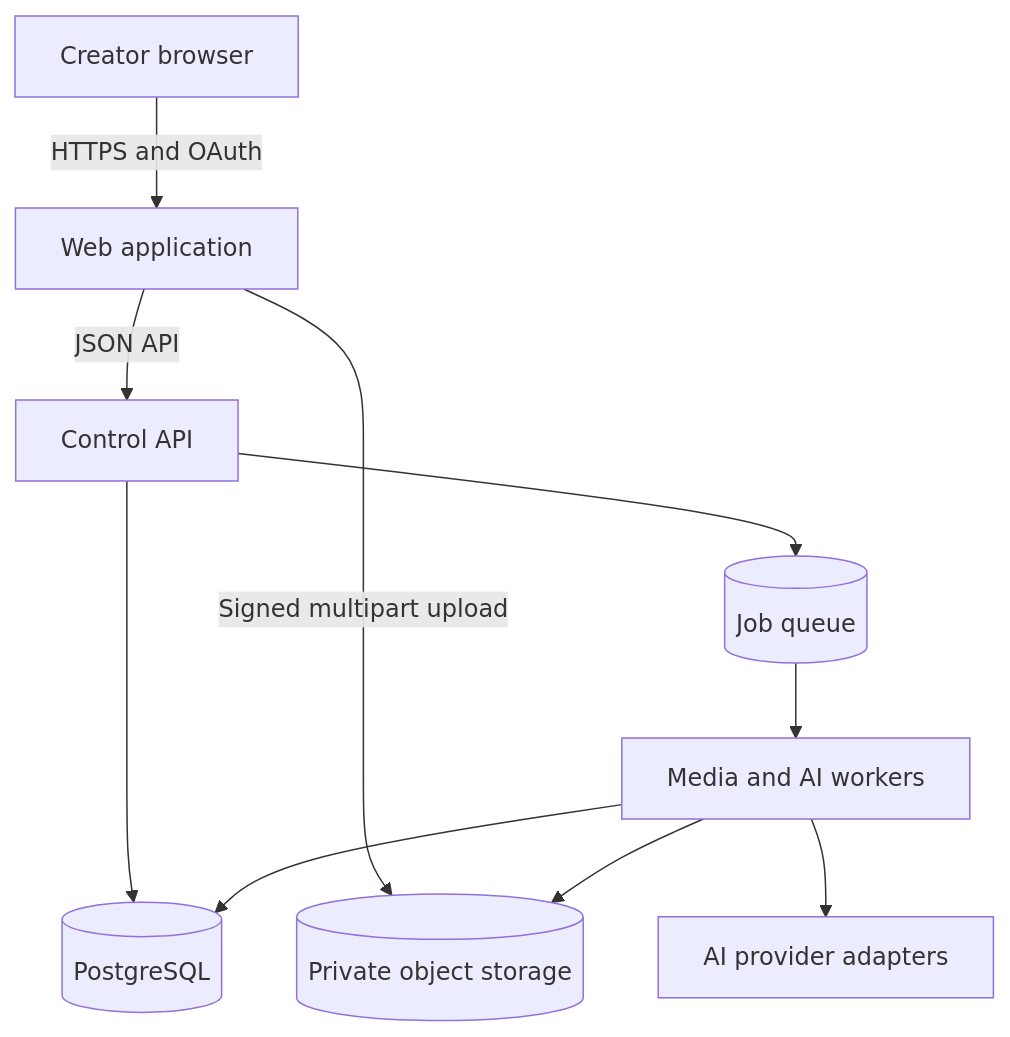
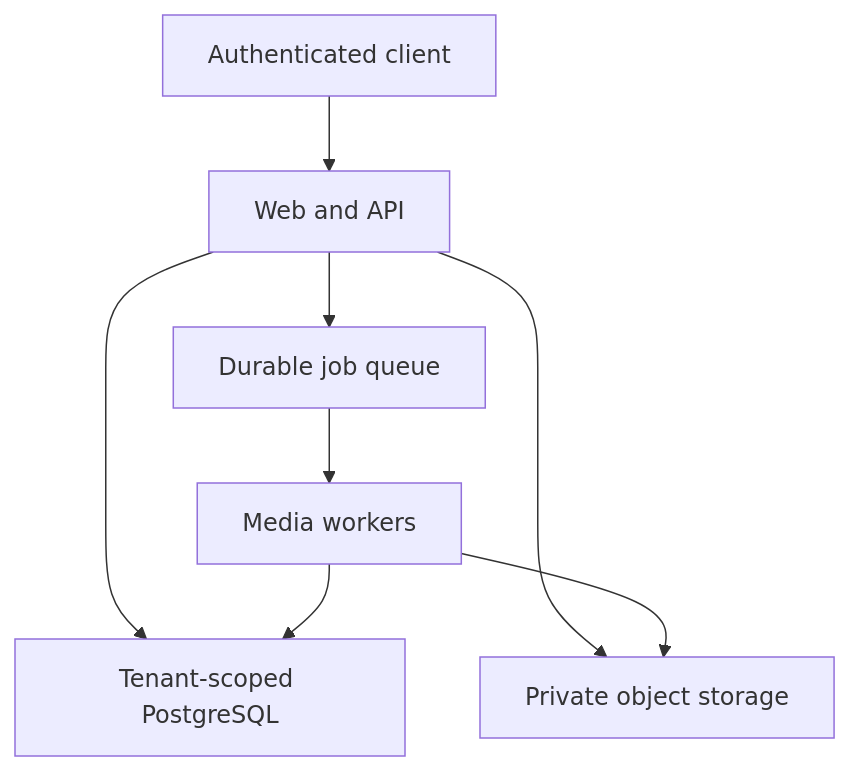
Before and after one commit to simplebusiness26/ClipMine: the second of 2 diagrams in docs/technical/architecture.md, drawn with Mermaid. The commit also changed other lines of this file and 61 other files, not shown here.

````diff
--- a/docs/technical/architecture.md
+++ b/docs/technical/architecture.md
@@ -7,12 +88,10 @@
 ```mermaid
 flowchart TD
-    U[Creator browser] -->|HTTPS and OAuth| W[Web application]
-    W -->|JSON API| A[Control API]
-    W -->|Signed multipart upload| S[(Private object storage)]
-    A --> D[(PostgreSQL)]
-    A --> Q[(Job queue)]
-    Q --> M[Media and AI workers]
-    M --> S
-    M --> D
-    M --> P[AI provider adapters]
+    C["Authenticated client"] --> W["Web and API"]
+    W --> DB["Tenant-scoped PostgreSQL"]
+    W --> OS["Private object storage"]
+    W --> Q["Durable job queue"]
+    Q --> MW["Media workers"]
+    MW --> OS
+    MW --> DB
 ```
````
